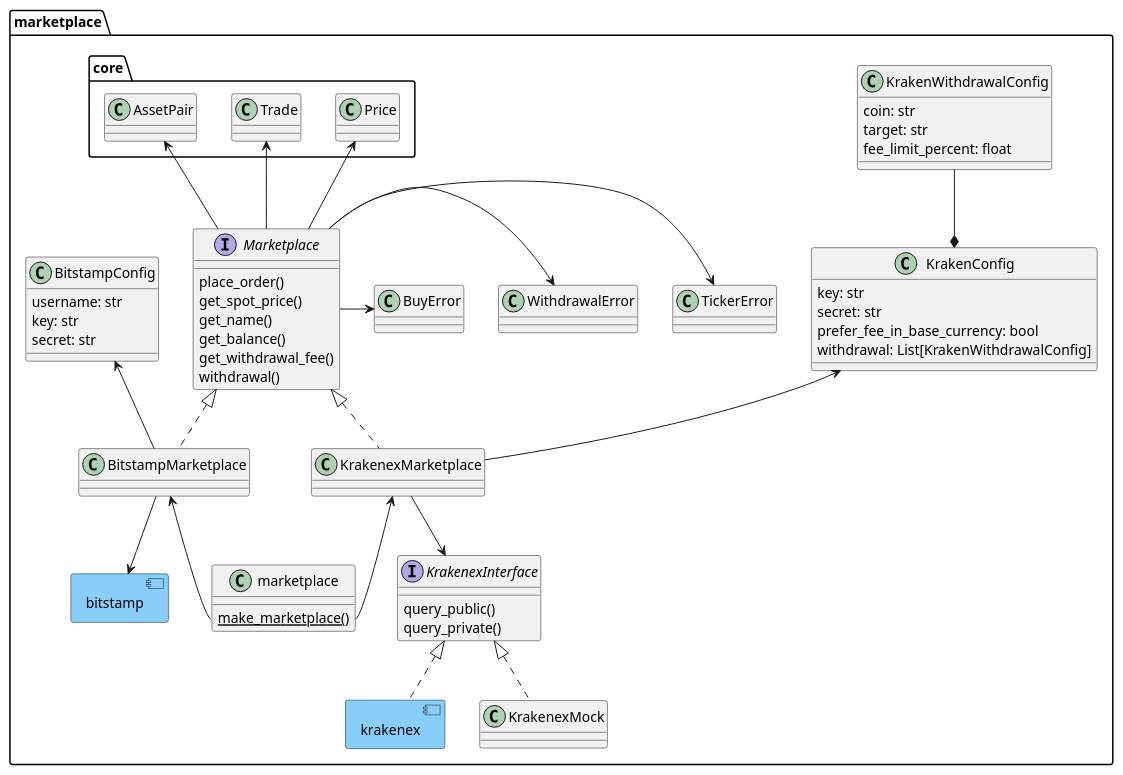
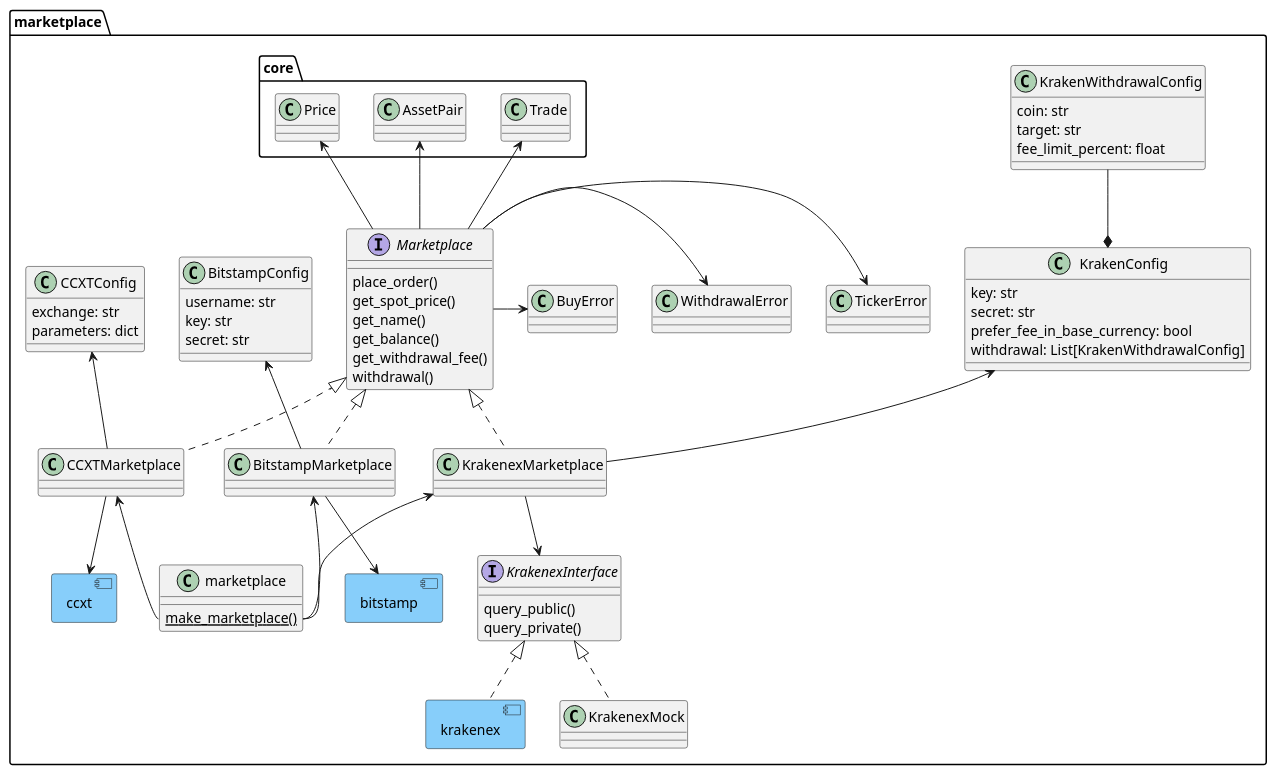
The diagram in docs/dev/graphs/marketplace.puml (martin-ueding/vigilant-crypto-snatch), drawn with PlantUML before and after one commit. The commit also changed 9 other files, not shown here.

```diff
--- a/docs/dev/graphs/marketplace.puml
+++ b/docs/dev/graphs/marketplace.puml
@@ -1,80 +1,93 @@
 @startuml
 
 allowmixing
 
 namespace marketplace {
     component bitstamp #lightskyblue
     component krakenex #lightskyblue
 
 interface Marketplace {
     place_order()
     get_spot_price()
     get_name()
     get_balance()
     get_withdrawal_fee()
     withdrawal()
 }
 
 class BuyError
 class TickerError
 class WithdrawalError
 
 Marketplace -> BuyError
 Marketplace -> TickerError
 Marketplace -> WithdrawalError
 
 core.Price <-- Marketplace
 core.Trade <-- Marketplace
 core.AssetPair <-- Marketplace
 
 class KrakenexMarketplace implements Marketplace
 
 class BitstampMarketplace implements Marketplace
 BitstampMarketplace --> bitstamp
 
 class marketplace {
 {static} make_marketplace()
 }
 
 KrakenexMarketplace <-- marketplace::make_marketplace
 BitstampMarketplace <-- marketplace::make_marketplace
 
 class KrakenWithdrawalConfig {
     coin: str
     target: str
     fee_limit_percent: float
 }
 
 class KrakenConfig {
     key: str
     secret: str
     prefer_fee_in_base_currency: bool
     withdrawal: List[KrakenWithdrawalConfig]
 }
 
 KrakenWithdrawalConfig --* KrakenConfig
 
 KrakenConfig <-- KrakenexMarketplace
 
 class BitstampConfig {
     username: str
     key: str
     secret: str
 }
 
 BitstampConfig <-- BitstampMarketplace
 
 interface KrakenexInterface {
     query_public()
     query_private()
 }
 
 class KrakenexMock implements KrakenexInterface
 
 KrakenexMarketplace --> KrakenexInterface
 
 KrakenexInterface <|.. krakenex
 
+
+component ccxt #lightskyblue
+
+class CCXTConfig {
+exchange: str
+parameters: dict
+}
+
+class CCXTMarketplace implements Marketplace
+CCXTConfig <-- CCXTMarketplace
+CCXTMarketplace --> ccxt
+CCXTMarketplace <-- marketplace::make_marketplace
+
 }
 
 @enduml
```
